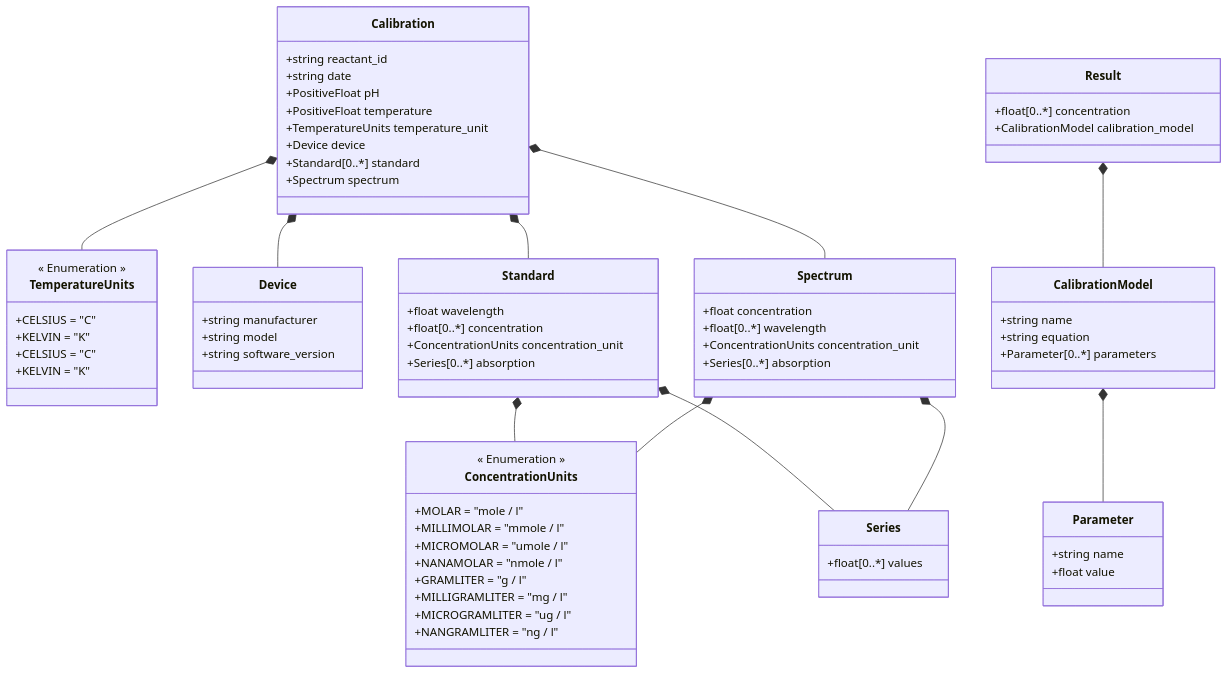
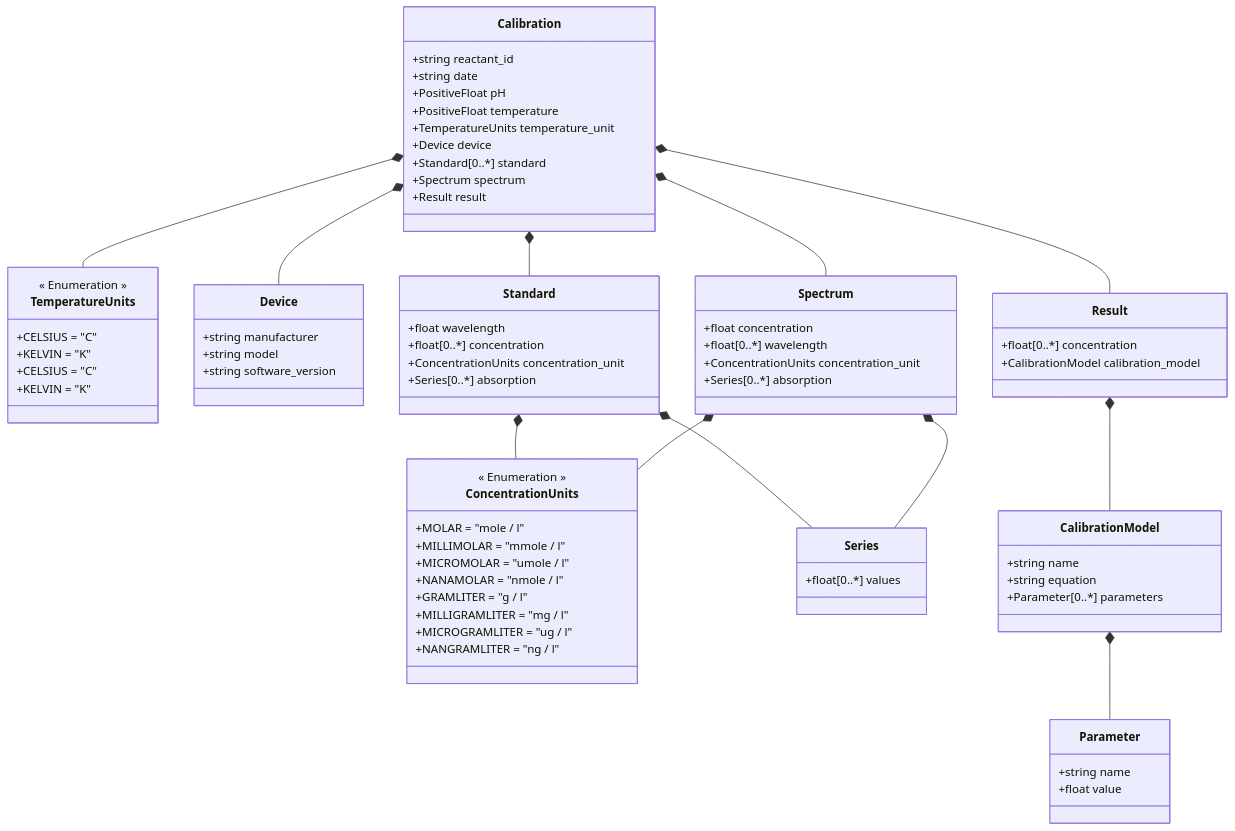
Before and after one commit to FAIRChemistry/datamodel_calibration: the diagram in CaliPytion/schemes/CaliPytion.md, drawn with Mermaid. The commit also changed 9 other files, not shown here.

```diff
--- a/CaliPytion/schemes/CaliPytion.md
+++ b/CaliPytion/schemes/CaliPytion.md
@@ -4,6 +4,7 @@
     Calibration *-- Device
     Calibration *-- Standard
     Calibration *-- Spectrum
+    Calibration *-- Result
     Standard *-- ConcentrationUnits
     Standard *-- Series
     Spectrum *-- ConcentrationUnits
@@ -20,6 +21,7 @@
         +Device device
         +Standard[0..*] standard
         +Spectrum spectrum
+        +Result result
     }
     
     class Device {
```
